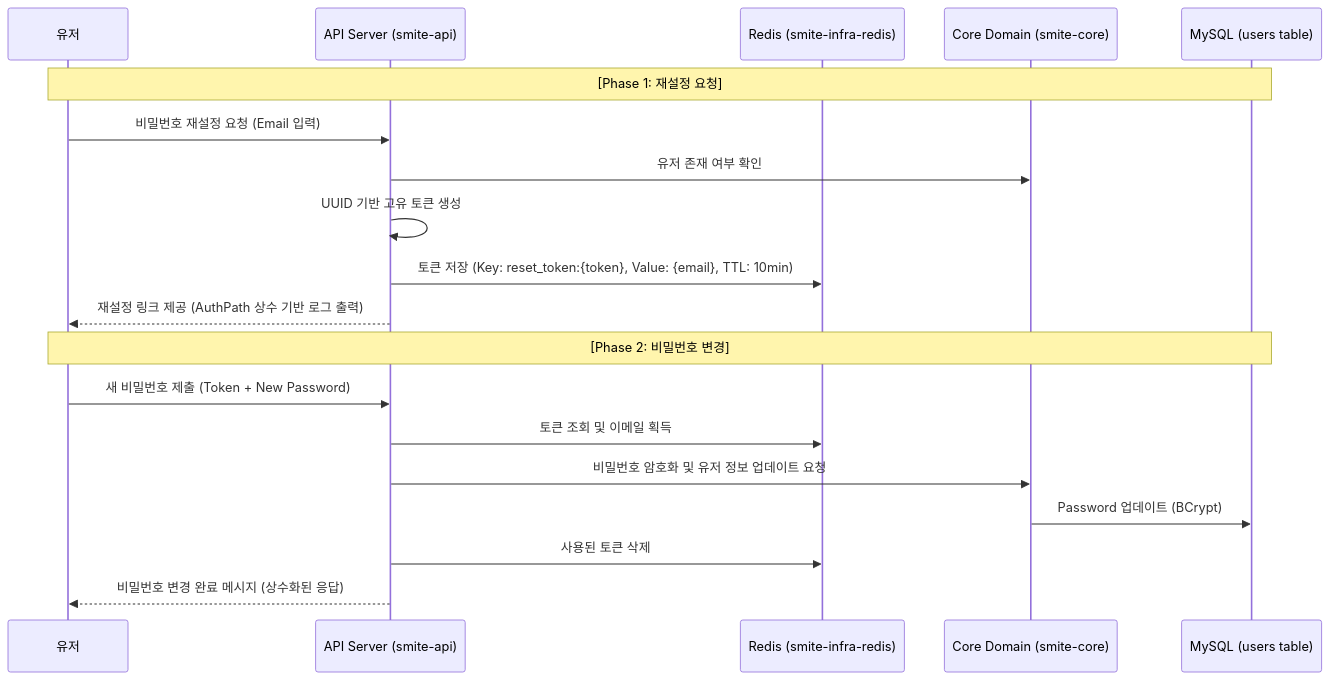
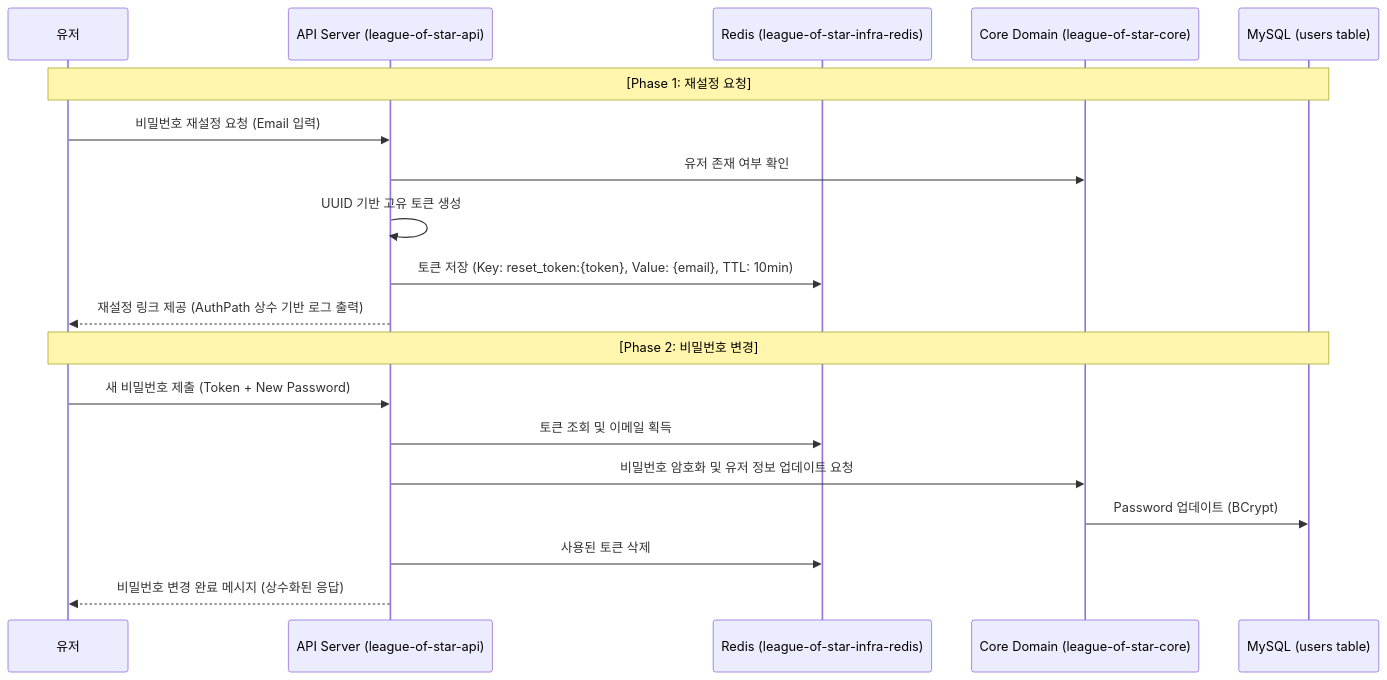
Before and after one commit to moonwhistle/League-of-Star: the diagram in docs/antigravity/backend/issue-20-find-password.md, drawn with Mermaid. The commit also changed other lines of this file and 70 other files, not shown here.

Commit message:
feat: league of star 백엔드 계약 문서를 정리함

````diff
--- a/docs/antigravity/backend/issue-20-find-password.md
+++ b/docs/antigravity/backend/issue-20-find-password.md
@@ -13,23 +13,23 @@
 ```mermaid
 sequenceDiagram
     participant User as 유저
-    participant API as API Server (smite-api)
-    participant Redis as Redis (smite-infra-redis)
-    participant Core as Core Domain (smite-core)
+    participant API as API Server (league-of-star-api)
+    participant Redis as Redis (league-of-star-infra-redis)
+    participant Core as Core Domain (league-of-star-core)
     participant DB as MySQL (users table)
 
     Note over User, DB: [Phase 1: 재설정 요청]
     User->>API: 비밀번호 재설정 요청 (Email 입력)
     API->>Core: 유저 존재 여부 확인
     API->>API: UUID 기반 고유 토큰 생성
     API->>Redis: 토큰 저장 (Key: reset_token:{token}, Value: {email}, TTL: 10min)
     API-->>User: 재설정 링크 제공 (AuthPath 상수 기반 로그 출력)
 
     Note over User, DB: [Phase 2: 비밀번호 변경]
     User->>API: 새 비밀번호 제출 (Token + New Password)
     API->>Redis: 토큰 조회 및 이메일 획득
     API->>Core: 비밀번호 암호화 및 유저 정보 업데이트 요청
     Core->>DB: Password 업데이트 (BCrypt)
     API->>Redis: 사용된 토큰 삭제
     API-->>User: 비밀번호 변경 완료 메시지 (상수화된 응답)
 ```
````
